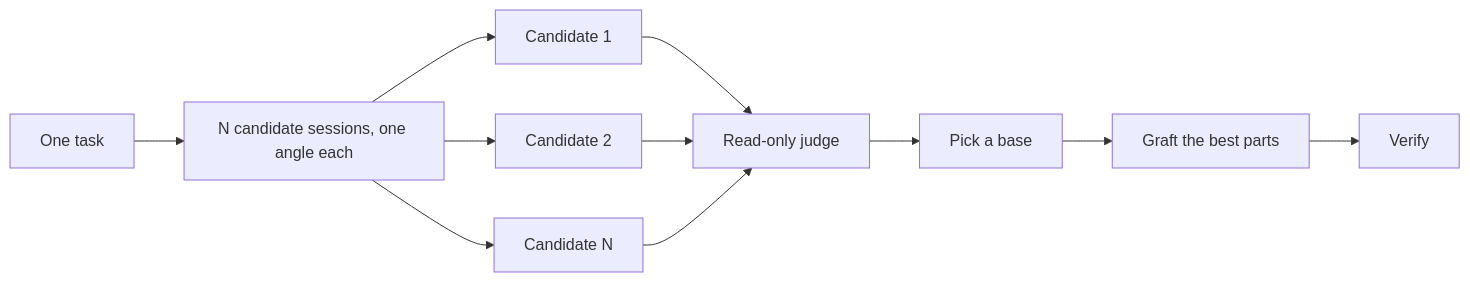
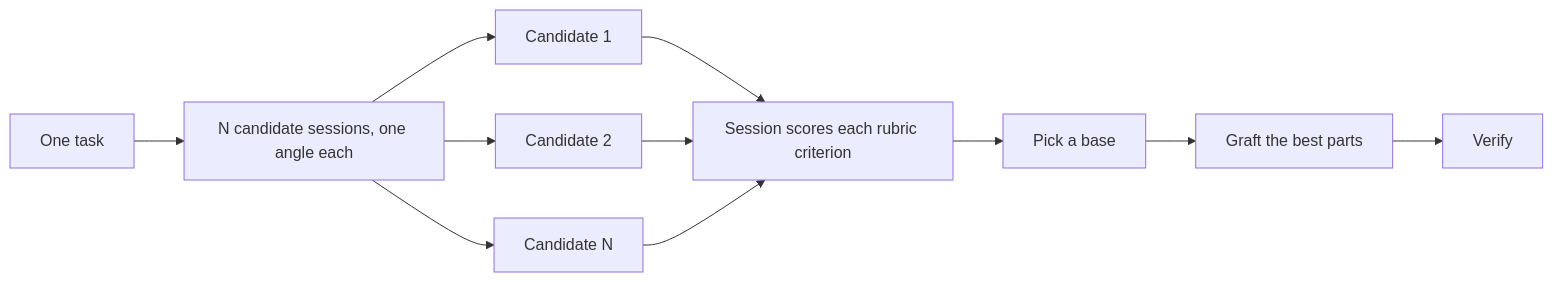
The diagram in mmw-v4/docs/guide/04-design.md (chancheuklap/multi-model-workflow), drawn with Mermaid before and after one commit. The commit also changed other lines of this file and 3 other files, not shown here.

First line of the commit message:
fix(arena): judge each design once and keep eval judging separate

````diff
--- a/mmw-v4/docs/guide/04-design.md
+++ b/mmw-v4/docs/guide/04-design.md
@@ -38,13 +38,13 @@
 ```mermaid
 flowchart LR
     A[One task] --> B[N candidate sessions, one angle each]
     B --> C[Candidate 1]
     B --> D[Candidate 2]
     B --> E[Candidate N]
-    C --> F[Read-only judge]
+    C --> F[Session scores each rubric criterion]
     D --> F
     E --> F
     F --> G[Pick a base]
     G --> H[Graft the best parts]
     H --> I[Verify]
 ```
````
